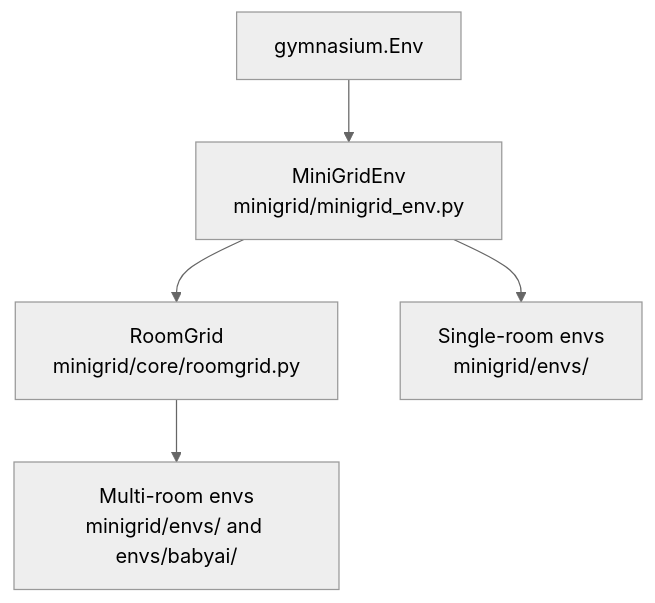
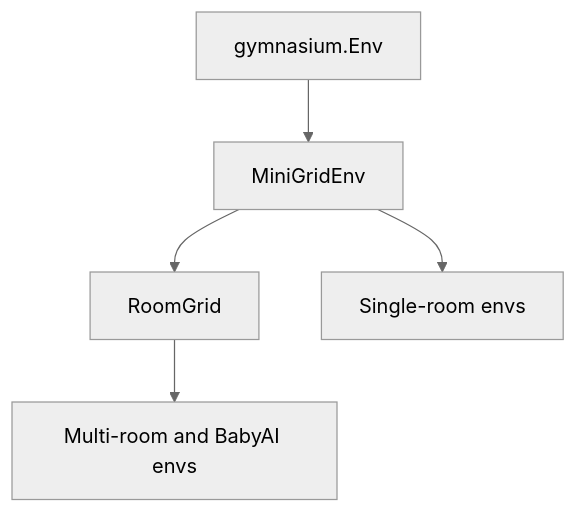
One commit to alexandermfisher/minigrid changed the first of 6 diagrams in docs/content/architecture.md. Above: the diagram before and after it, drawn with Mermaid (neutral theme). The commit also changed other lines of this file, not shown here.

First line of the commit message:
Simplify Mermaid labels to single lines to fix rendering

````diff
--- a/docs/content/architecture.md
+++ b/docs/content/architecture.md
@@ -7,13 +7,13 @@
 ```{mermaid}
 graph TD
     GYM[gymnasium.Env]
-    MGE["MiniGridEnv<br/>minigrid/minigrid_env.py"]
-    RG["RoomGrid<br/>minigrid/core/roomgrid.py"]
-    SR["Single-room envs<br/>minigrid/envs/"]
-    MR["Multi-room envs<br/>minigrid/envs/ and envs/babyai/"]
+    MGE[MiniGridEnv]
+    RG[RoomGrid]
+    SR[Single-room envs]
+    MR[Multi-room and BabyAI envs]
 
     GYM --> MGE
     MGE --> SR
     MGE --> RG
     RG --> MR
 ```
````
